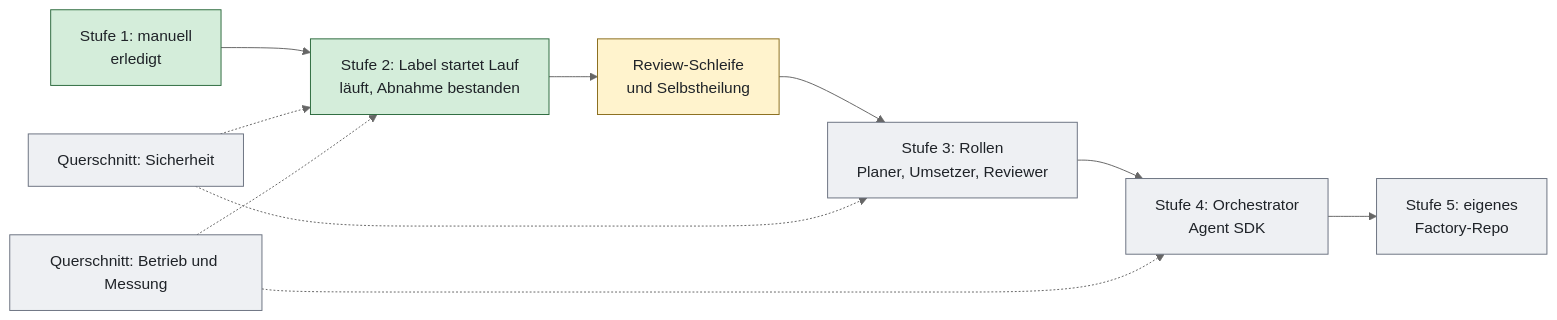
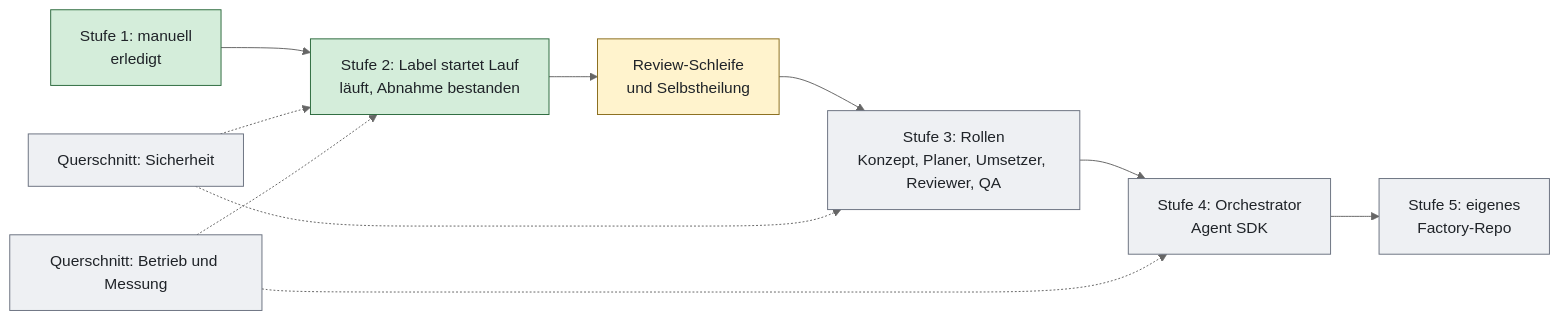
One commit to juheba/sw-factory-tryout changed the diagram in docs/roadmap.md. Above: the diagram before and after it, drawn with Mermaid (neutral theme). The commit also changed other lines of this file and 4 other files, not shown here.

````diff
--- a/docs/roadmap.md
+++ b/docs/roadmap.md
@@ -18,18 +18,18 @@
 ```mermaid
 flowchart LR
     S1[Stufe 1: manuell<br/>erledigt] --> S2[Stufe 2: Label startet Lauf<br/>läuft, Abnahme bestanden]
     S2 --> RV[Review-Schleife<br/>und Selbstheilung]
-    RV --> S3[Stufe 3: Rollen<br/>Planer, Umsetzer, Reviewer]
+    RV --> S3[Stufe 3: Rollen<br/>Konzept, Planer, Umsetzer, Reviewer, QA]
     S3 --> S4[Stufe 4: Orchestrator<br/>Agent SDK]
     S4 --> S5[Stufe 5: eigenes<br/>Factory-Repo]
     SEC[Querschnitt: Sicherheit] -.-> S2
     SEC -.-> S3
     OPS[Querschnitt: Betrieb und Messung] -.-> S2
     OPS -.-> S4
     classDef done fill:#d4edda,stroke:#2d6a3e,color:#1f2328
     classDef active fill:#fff3cd,stroke:#8a6d1c,color:#1f2328
     classDef planned fill:#eef0f3,stroke:#6b7280,color:#1f2328
     class S1,S2 done
     class RV active
     class S3,S4,S5,SEC,OPS planned
 ```
````
